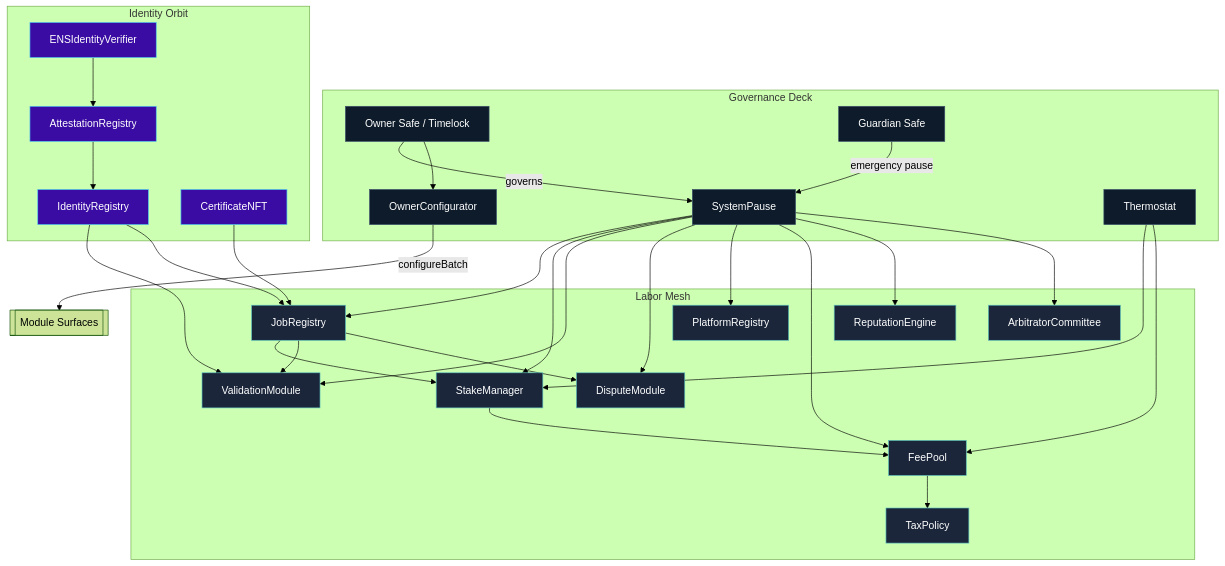
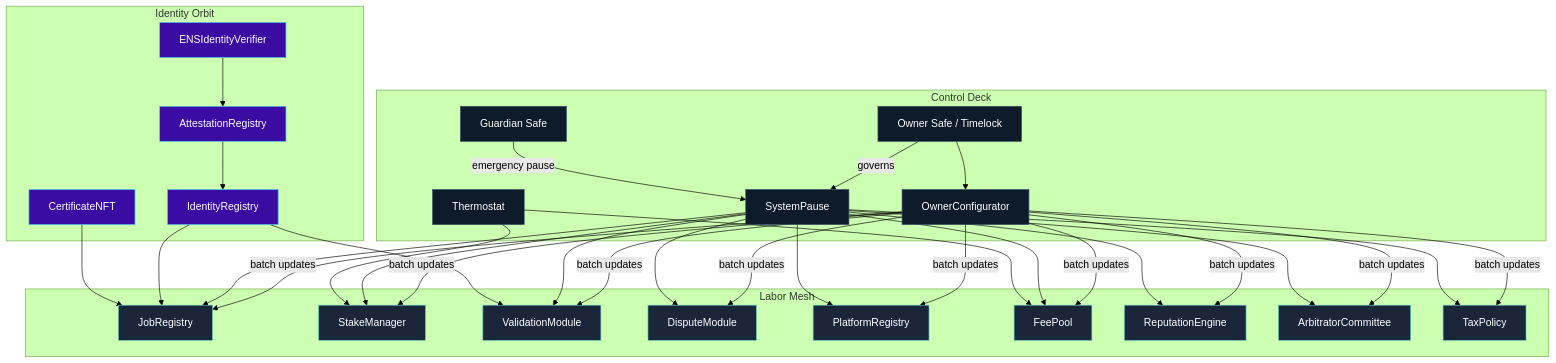
The first of 5 diagrams in README.md (MontrealAI/agijobs-sovereign-labor-v0p1), drawn with Mermaid (forest theme) before and after one commit. The commit also changed other lines of this file and 1 other file, not shown here.

````diff
--- a/README.md
+++ b/README.md
@@ -97,52 +42,45 @@
 ```mermaid
 flowchart TB
-    subgraph Governance Deck
-        owner[Owner Safe / Timelock]
-        guardian[Guardian Safe]
-        configurator[OwnerConfigurator]
-        pause[SystemPause]
-        thermo[Thermostat]
+    subgraph "Control Deck"
+        owner["Owner Safe / Timelock"]
+        guardian["Guardian Safe"]
+        pause["SystemPause"]
+        configurator["OwnerConfigurator"]
+        thermo["Thermostat"]
     end
-    subgraph Labor Mesh
-        job[JobRegistry]
-        stake[StakeManager]
-        validate[ValidationModule]
-        dispute[DisputeModule]
-        platform[PlatformRegistry]
-        fee[FeePool]
-        rep[ReputationEngine]
-        arb[ArbitratorCommittee]
-        tax[TaxPolicy]
+    subgraph "Labor Mesh"
+        job["JobRegistry"]
+        stake["StakeManager"]
+        validate["ValidationModule"]
+        dispute["DisputeModule"]
+        platform["PlatformRegistry"]
+        fee["FeePool"]
+        rep["ReputationEngine"]
+        arb["ArbitratorCommittee"]
+        tax["TaxPolicy"]
     end
-    subgraph Identity Orbit
-        id[IdentityRegistry]
-        att[AttestationRegistry]
-        cert[CertificateNFT]
-        ens[ENSIdentityVerifier]
+    subgraph "Identity Orbit"
+        id["IdentityRegistry"]
+        att["AttestationRegistry"]
+        cert["CertificateNFT"]
+        ens["ENSIdentityVerifier"]
     end
-
     owner -->|governs| pause
+    owner --> configurator
     guardian -->|emergency pause| pause
-    owner --> configurator
-    configurator -->|configureBatch| laborMesh[[Module Surfaces]]
-    pause --> job & stake & validate & dispute & platform & fee & rep & arb
+    configurator -->|batch updates| job & stake & validate & dispute & platform & fee & rep & arb & tax
+    pause --> job & stake & validate & dispute & platform & fee & rep & arb & tax
     thermo --> stake
     thermo --> fee
-    job --> stake
-    job --> validate
-    job --> dispute
-    stake --> fee
-    fee --> tax
+    id --> job
     id --> validate
-    id --> job
     att --> id
     cert --> job
     ens --> att
-
     classDef deck fill:#0d1b2a,stroke:#3a506b,color:#fff;
     classDef mesh fill:#1b263b,stroke:#5bc0be,color:#fff;
     classDef orbit fill:#3a0ca3,stroke:#4cc9f0,color:#fff;
-    class owner,guardian,configurator,pause,thermo deck;
+    class owner,guardian,pause,configurator,thermo deck;
     class job,stake,validate,dispute,platform,fee,rep,arb,tax mesh;
     class id,att,cert,ens orbit;
 ```
````
